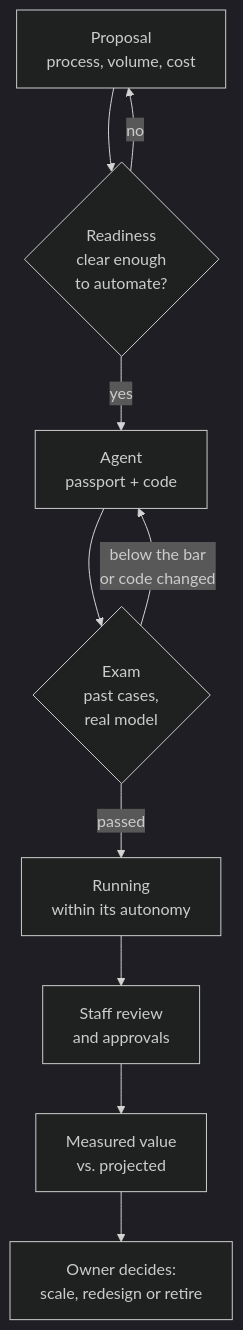
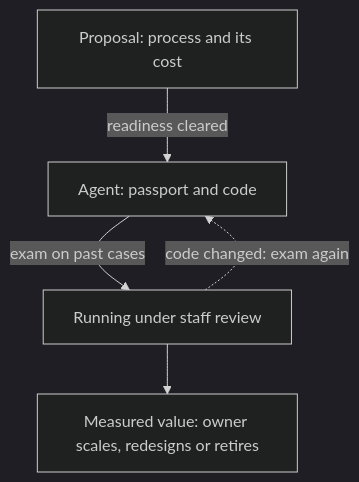
Before and after one commit to kirmskhq/ai-agent-launch-platform: the diagram in README.md, drawn with Mermaid (dark theme).

Commit message:
docs: shorten the flow diagram

````diff
--- a/README.md
+++ b/README.md
@@ -11,12 +11,7 @@
 ```mermaid
 flowchart TD
-    A["Proposal<br/>process, volume, cost"] --> B{"Readiness<br/>clear enough<br/>to automate?"}
-    B -- no --> A
-    B -- yes --> C["Agent<br/>passport + code"]
-    C --> D{"Exam<br/>past cases,<br/>real model"}
-    D -- "below the bar<br/>or code changed" --> C
-    D -- passed --> E["Running<br/>within its autonomy"]
-    E --> F["Staff review<br/>and approvals"]
-    F --> G["Measured value<br/>vs. projected"]
-    G --> H["Owner decides:<br/>scale, redesign or retire"]
+    A["Proposal: process and its cost"] -- "readiness cleared" --> B["Agent: passport and code"]
+    B -- "exam on past cases" --> C["Running under staff review"]
+    C --> D["Measured value: owner scales, redesigns or retires"]
+    C -. "code changed: exam again" .-> B
 ```
````
